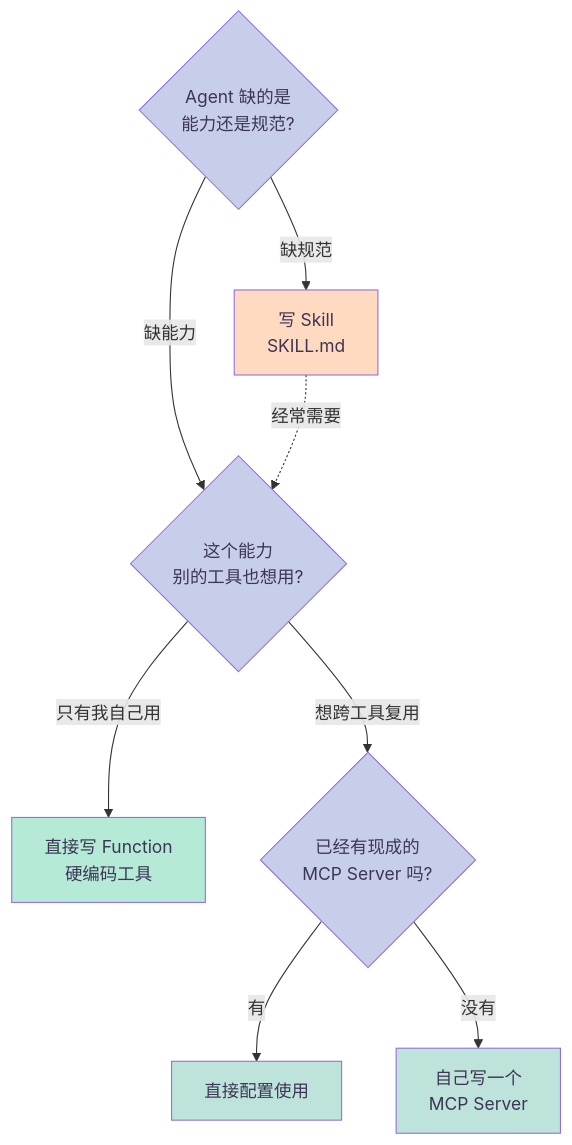
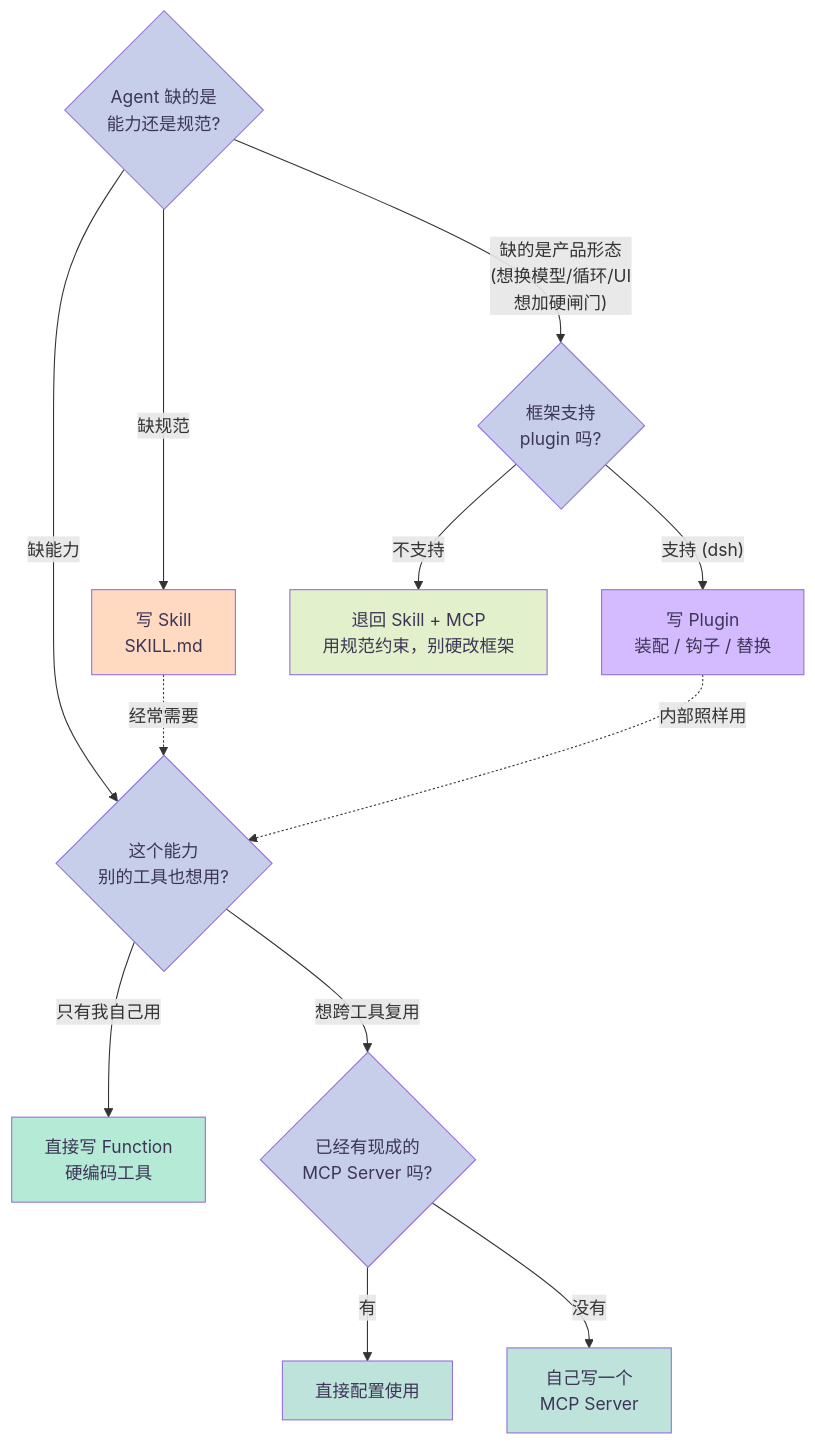
The ninth of 10 diagrams in _posts/2026-07-28-function-calling-mcp-skills.md (caoping0623/caoping0623.github.io), drawn with Mermaid before and after one commit. The commit also changed other lines of this file, not shown here.

First line of the commit message:
补充 Plugin 概念：新增第五节并扩展为四者对比

```diff
--- a/_posts/2026-07-28-function-calling-mcp-skills.md
+++ b/_posts/2026-07-28-function-calling-mcp-skills.md
@@ -555,22 +802,30 @@
 <div class="mermaid">
 graph TB
     Q1{Agent 缺的是<br/>能力还是规范?}
+    Q1 -->|缺规范| SK[写 Skill<br/>SKILL.md]
     Q1 -->|缺能力| Q2{这个能力<br/>别的工具也想用?}
-    Q1 -->|缺规范| SK[写 Skill<br/>SKILL.md]
+    Q1 -->|"缺的是产品形态<br/>(想换模型/循环/UI<br/>想加硬闸门)"| Q4{框架支持<br/>plugin 吗?}
 
     Q2 -->|只有我自己用| FC[直接写 Function<br/>硬编码工具]
     Q2 -->|想跨工具复用| Q3{已经有现成的<br/>MCP Server 吗?}
 
     Q3 -->|有| USE[直接配置使用]
     Q3 -->|没有| BUILD[自己写一个<br/>MCP Server]
 
+    Q4 -->|"支持 (dsh)"| PL[写 Plugin<br/>装配 / 钩子 / 替换]
+    Q4 -->|不支持| GIVE[退回 Skill + MCP<br/>用规范约束，别硬改框架]
+
     SK -.经常需要.-> Q2
+    PL -.内部照样用.-> Q2
 
     style Q1 fill:#c7ceea,color:#3d3556
     style Q2 fill:#c7ceea,color:#3d3556
     style Q3 fill:#c7ceea,color:#3d3556
+    style Q4 fill:#c7ceea,color:#3d3556
     style SK fill:#ffdac1,color:#3d3556
     style FC fill:#b5ead7,color:#3d3556
     style USE fill:#bee3db,color:#3d3556
     style BUILD fill:#bee3db,color:#3d3556
+    style PL fill:#d4bbff,color:#3d3556
+    style GIVE fill:#e2f0cb,color:#3d3556
 </div>
```
